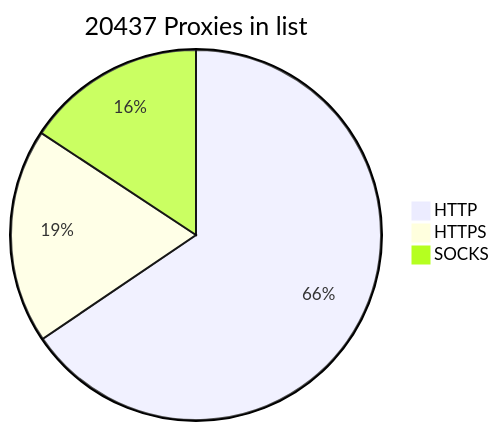
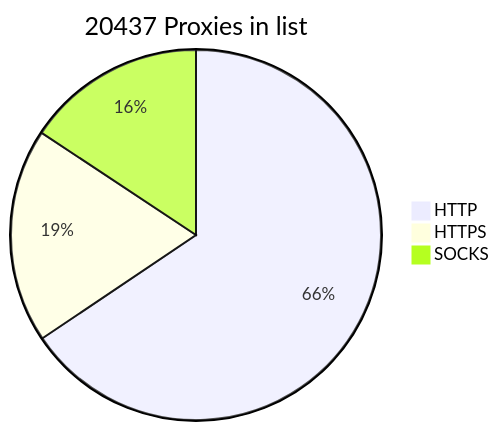
Before and after one commit to BlackSnowDot/proxylist-update-every-minute: the diagram in README.md, drawn with Mermaid.

````diff
--- a/README.md
+++ b/README.md
@@ -2,6 +2,6 @@
 ```mermaid
 pie title 20437 Proxies in list
-    "HTTP" : 15039
+    "HTTP" : 15077
     "HTTPS": 4306
     "SOCKS" : 3608
 ```
````
